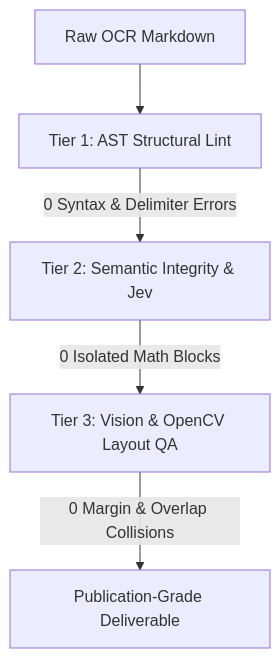
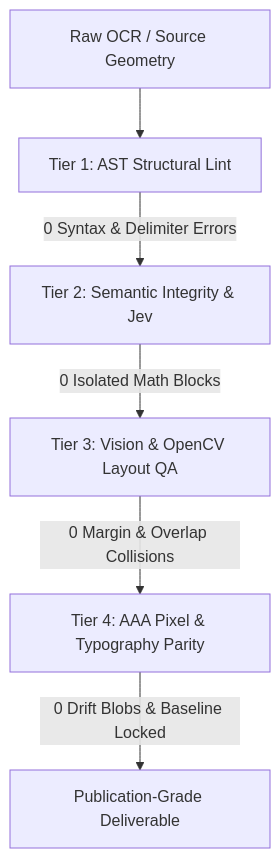
Before and after one commit to fpcMotif/polytypst: the diagram in VERIFICATION-WORKFLOW.md, drawn with Mermaid. The commit also changed other lines of this file and 161 other files, not shown here.

Commit message:
refactor: deep shared monograph, diagram, and checker modules

````diff
--- a/VERIFICATION-WORKFLOW.md
+++ b/VERIFICATION-WORKFLOW.md
@@ -9,7 +9,8 @@
 ```mermaid
 graph TD
-    M[Raw OCR Markdown] --> T1[Tier 1: AST Structural Lint]
+    M[Raw OCR / Source Geometry] --> T1[Tier 1: AST Structural Lint]
     T1 -->|0 Syntax & Delimiter Errors| T2[Tier 2: Semantic Integrity & Jev]
     T2 -->|0 Isolated Math Blocks| T3[Tier 3: Vision & OpenCV Layout QA]
-    T3 -->|0 Margin & Overlap Collisions| P[Publication-Grade Deliverable]
+    T3 -->|0 Margin & Overlap Collisions| T4[Tier 4: AAA Pixel & Typography Parity]
+    T4 -->|0 Drift Blobs & Baseline Locked| P[Publication-Grade Deliverable]
 ```
````
